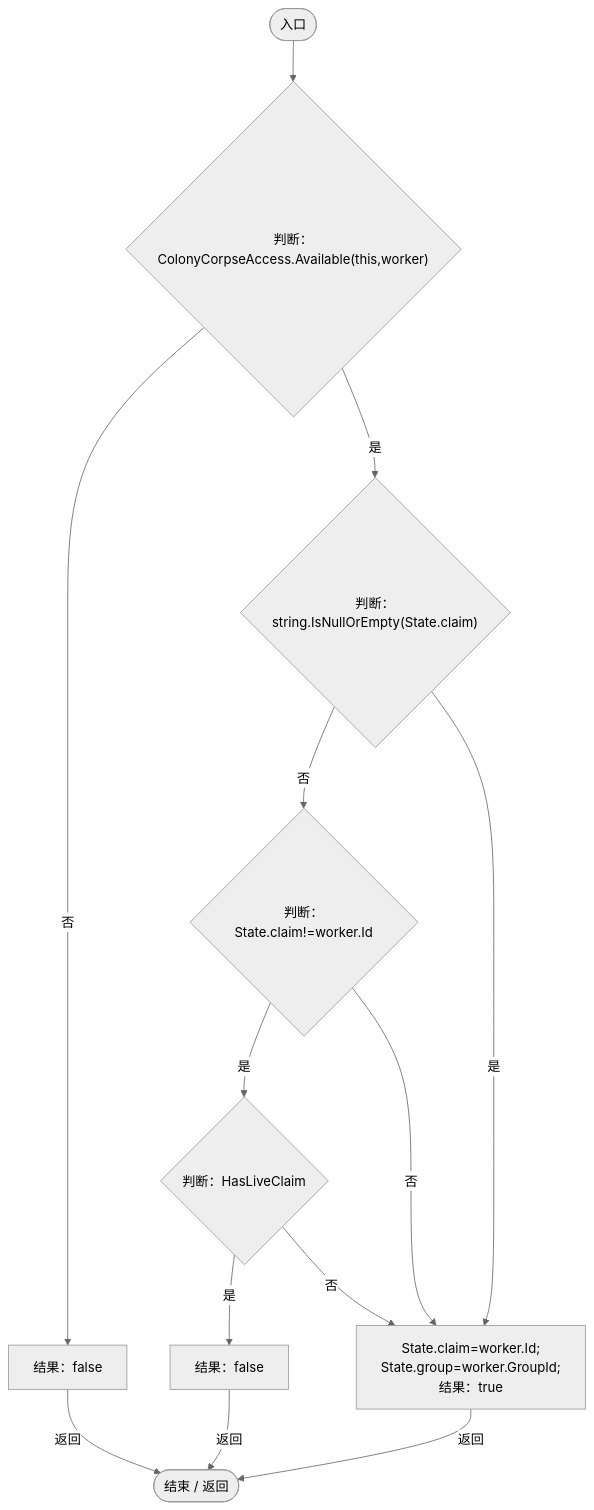
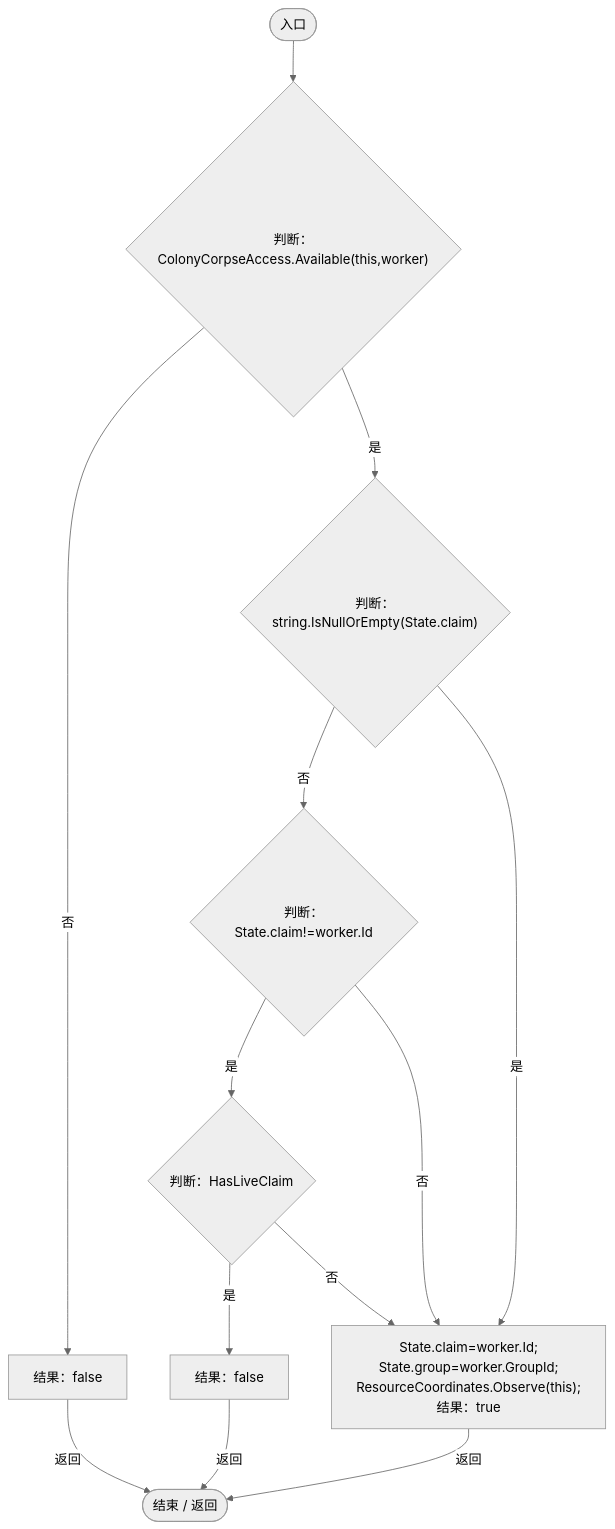
Diagram 13 of 20 in Docs/运行流程图/脚本/293dbaecfff4b585.md (xhs6666/Darwin_paradise), drawn with Mermaid (neutral theme) before and after one commit. The commit also changed other lines of this file and 233 other files, not shown here.

````diff
--- a/Docs/运行流程图/脚本/293dbaecfff4b585.md
+++ b/Docs/运行流程图/脚本/293dbaecfff4b585.md
@@ -437,25 +441,25 @@
 ```mermaid
 flowchart TD
   b0(["入口"])
   b1{"判断：ColonyCorpseAccess.Available(this,worker)"}
   b2["结果：false"]
   b3{"判断：string.IsNullOrEmpty(State.claim)"}
   b4{"判断：State.claim!=worker.Id"}
   b5{"判断：HasLiveClaim"}
   b6["结果：false"]
-  b7["State.claim=worker.Id;<br/>State.group=worker.GroupId;<br/>结果：true"]
+  b7["State.claim=worker.Id;<br/>State.group=worker.GroupId;<br/>ResourceCoordinates.Observe(this);<br/>结果：true"]
   b8(["结束 / 返回"])
   b0 --> b1
   b1 -->|"否"| b2
   b1 -->|"是"| b3
   b2 -->|"返回"| b8
   b3 -->|"否"| b4
   b3 -->|"是"| b7
   b4 -->|"是"| b5
   b4 -->|"否"| b7
   b5 -->|"是"| b6
   b5 -->|"否"| b7
   b6 -->|"返回"| b8
   b7 -->|"返回"| b8
 
 ```
````
